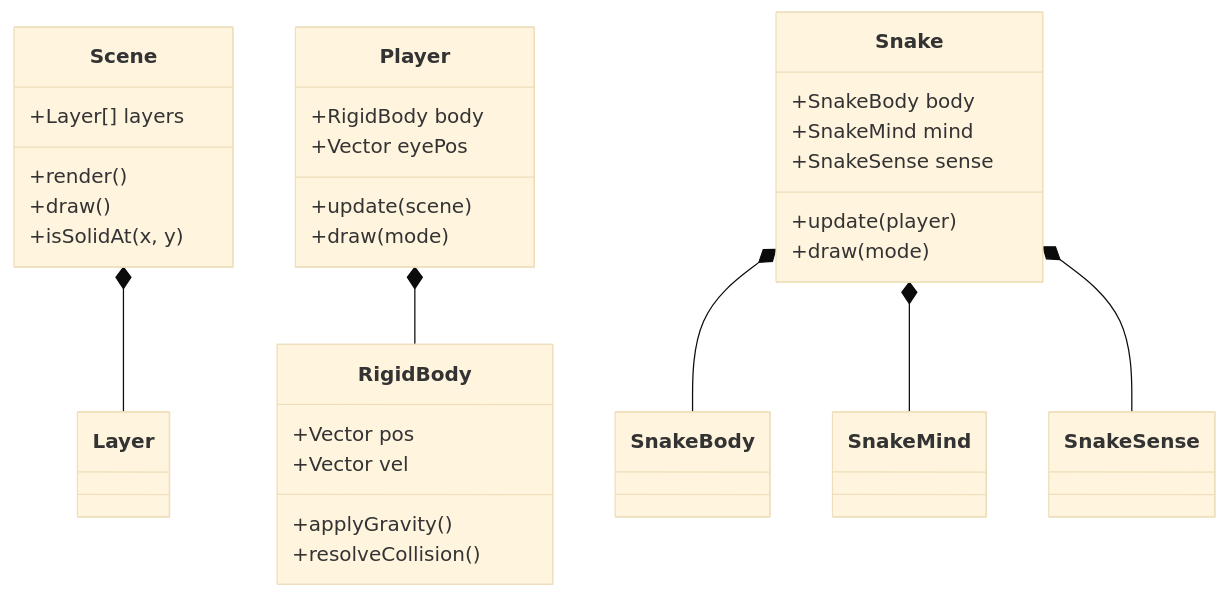
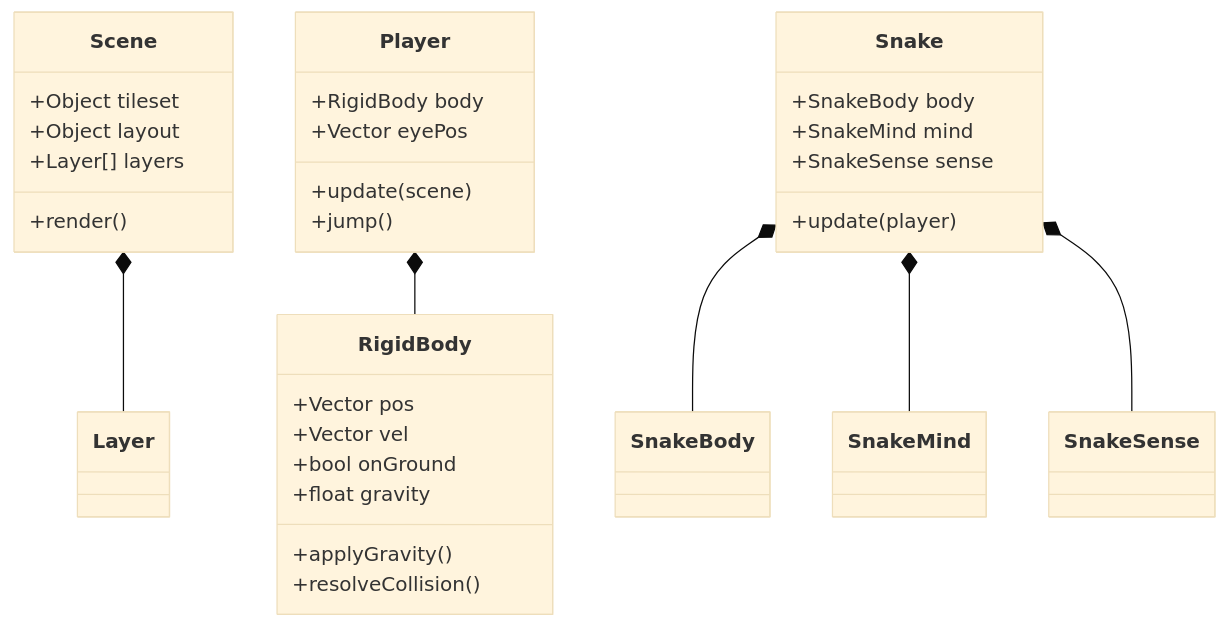
Before and after one commit to pinowine/PseudoDen: the second of 4 diagrams in README.md, drawn with Mermaid (base theme).

````diff
--- a/README.md
+++ b/README.md
@@ -419,34 +419,35 @@
 ```mermaid
 classDiagram
     class Scene {
+        +Object tileset
+        +Object layout
         +Layer[] layers
         +render()
-        +draw()
-        +isSolidAt(x, y)
     }
     class Player {
         +RigidBody body
         +Vector eyePos
         +update(scene)
-        +draw(mode)
+        +jump()
     }
     class Snake {
         +SnakeBody body
         +SnakeMind mind
         +SnakeSense sense
         +update(player)
-        +draw(mode)
     }
     class RigidBody {
         +Vector pos
         +Vector vel
+        +bool onGround
+        +float gravity
         +applyGravity()
         +resolveCollision()
     }
     
     Player *-- RigidBody
     Snake *-- SnakeBody
     Snake *-- SnakeMind
     Snake *-- SnakeSense
     Scene *-- Layer
 ```
````
